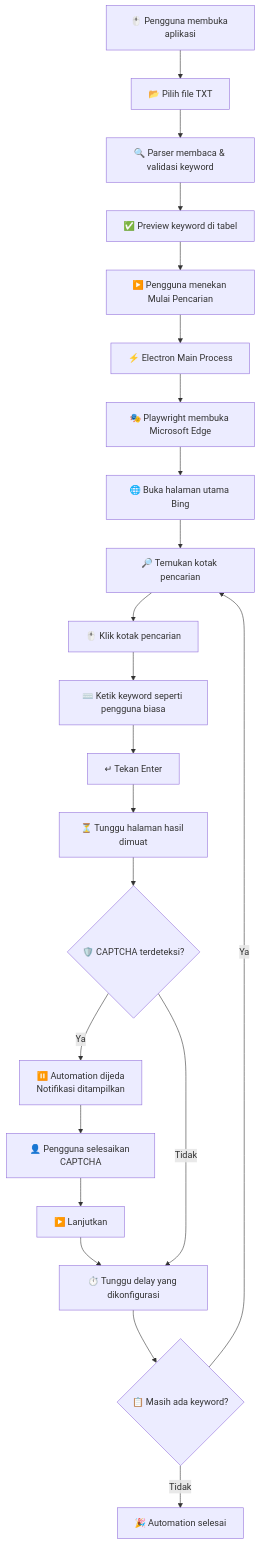
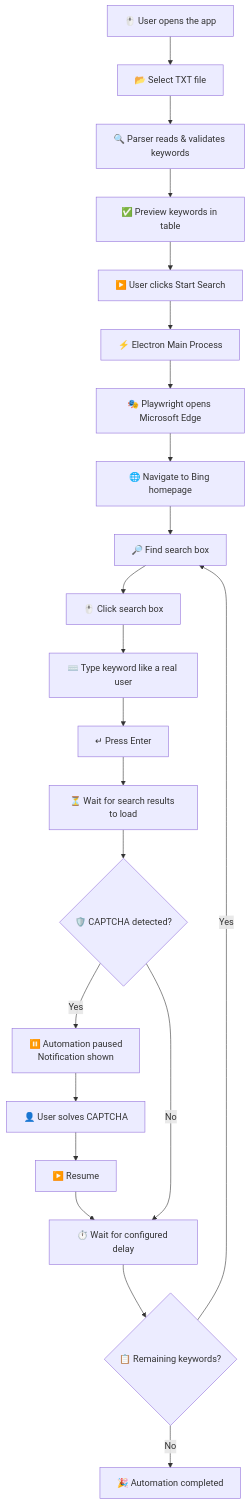
One commit to insa21/Edge-Search-Automation-Bot changed the first of 3 diagrams in README.md. Above: the diagram before and after it, drawn with Mermaid. The commit also changed other lines of this file and 1 other file, not shown here.

````diff
--- a/README.md
+++ b/README.md
@@ -165,24 +170,24 @@
 ```mermaid
 flowchart TD
-    A[🖱️ Pengguna membuka aplikasi] --> B[📂 Pilih file TXT]
-    B --> C[🔍 Parser membaca & validasi keyword]
-    C --> D[✅ Preview keyword di tabel]
-    D --> E[▶️ Pengguna menekan Mulai Pencarian]
+    A[🖱️ User opens the app] --> B[📂 Select TXT file]
+    B --> C[🔍 Parser reads & validates keywords]
+    C --> D[✅ Preview keywords in table]
+    D --> E[▶️ User clicks Start Search]
     E --> F[⚡ Electron Main Process]
-    F --> G[🎭 Playwright membuka Microsoft Edge]
-    G --> H[🌐 Buka halaman utama Bing]
-    H --> I[🔎 Temukan kotak pencarian]
-    I --> J[🖱️ Klik kotak pencarian]
-    J --> K[⌨️ Ketik keyword seperti pengguna biasa]
-    K --> L[↵ Tekan Enter]
-    L --> M[⏳ Tunggu halaman hasil dimuat]
-    M --> N{🛡️ CAPTCHA terdeteksi?}
-    N -- Ya --> O[⏸️ Automation dijeda\nNotifikasi ditampilkan]
-    O --> P[👤 Pengguna selesaikan CAPTCHA]
-    P --> Q[▶️ Lanjutkan]
-    Q --> R[⏱️ Tunggu delay yang dikonfigurasi]
-    N -- Tidak --> R
-    R --> S{📋 Masih ada keyword?}
-    S -- Ya --> I
-    S -- Tidak --> T[🎉 Automation selesai]
+    F --> G[🎭 Playwright opens Microsoft Edge]
+    G --> H[🌐 Navigate to Bing homepage]
+    H --> I[🔎 Find search box]
+    I --> J[🖱️ Click search box]
+    J --> K[⌨️ Type keyword like a real user]
+    K --> L[↵ Press Enter]
+    L --> M[⏳ Wait for search results to load]
+    M --> N{🛡️ CAPTCHA detected?}
+    N -- Yes --> O[⏸️ Automation paused\nNotification shown]
+    O --> P[👤 User solves CAPTCHA]
+    P --> Q[▶️ Resume]
+    Q --> R[⏱️ Wait for configured delay]
+    N -- No --> R
+    R --> S{📋 Remaining keywords?}
+    S -- Yes --> I
+    S -- No --> T[🎉 Automation completed]
 ```
````
